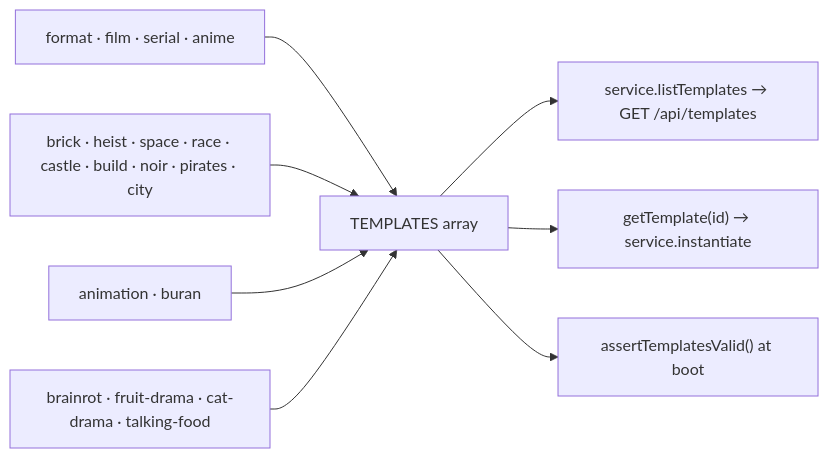
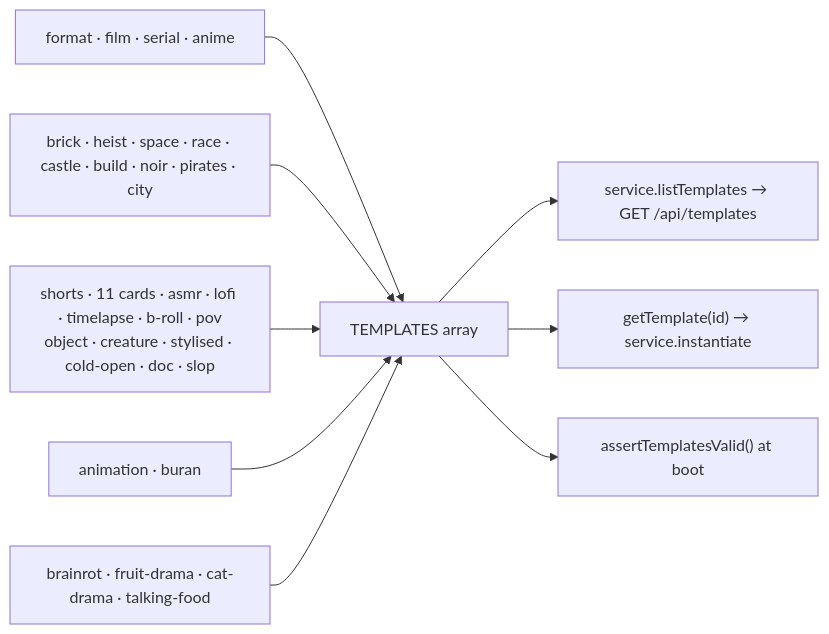
Before and after one commit to AzamatRaimbekov2/openCreate: the diagram in apps/api/src/modules/templates/catalog/index.ts.md, drawn with Mermaid. The commit also changed other lines of this file and 206 other files, not shown here.

````diff
--- a/apps/api/src/modules/templates/catalog/index.ts.md
+++ b/apps/api/src/modules/templates/catalog/index.ts.md
@@ -31,10 +36,11 @@
 ```mermaid
 flowchart LR
   FMT["format · film · serial · anime"] --> REG[TEMPLATES array]
   BRK["brick · heist · space · race · castle · build · noir · pirates · city"] --> REG
+  SHO["shorts · 11 cards · asmr · lofi · timelapse · b-roll · pov<br/>object · creature · stylised · cold-open · doc · slop"] --> REG
   ANI["animation · buran"] --> REG
   BR["brainrot · fruit-drama · cat-drama · talking-food"] --> REG
   REG --> LIST["service.listTemplates → GET /api/templates"]
   REG --> GT["getTemplate(id) → service.instantiate"]
   REG --> AV["assertTemplatesValid() at boot"]
 ```
````
